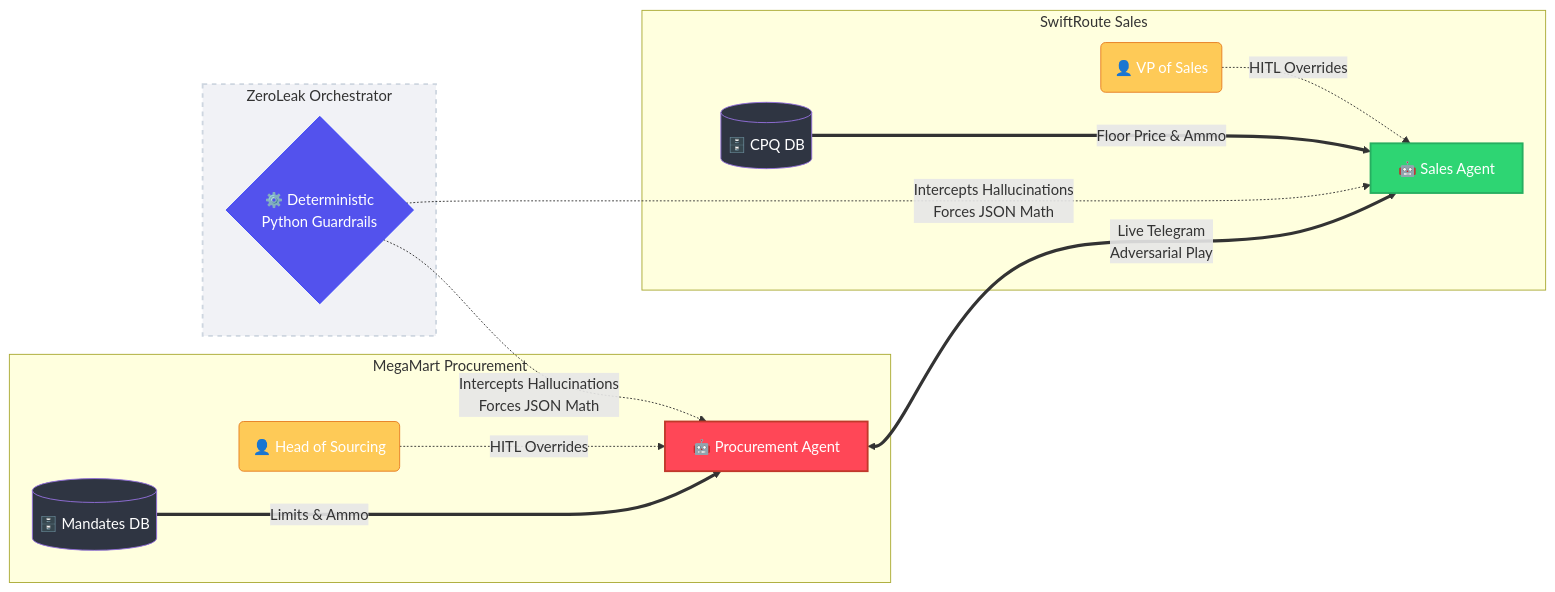
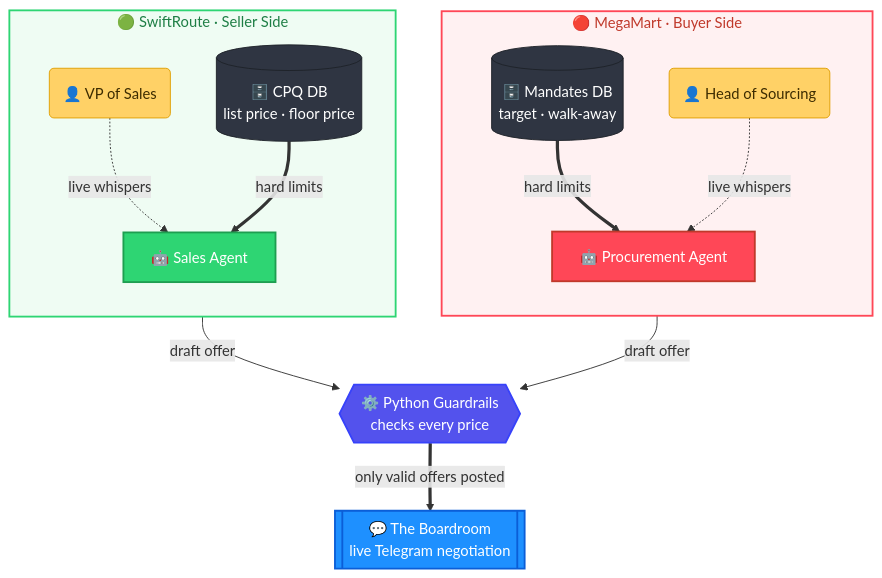
Before and after one commit to Sarath-peddireddy/Zero__Leak__OS: the first of 2 diagrams in README.md, drawn with Mermaid. The commit also changed other lines of this file, not shown here.

Commit message:
docs: quantify financial impact of margin leakage in problem statement
Also redraws the Symmetrical Architecture diagram as a mirrored
top-to-bottom flow (inputs -> agents -> guardrails -> Boardroom)
with consistent buyer/seller colours.

````diff
--- a/README.md
+++ b/README.md
@@ -21,34 +22,45 @@
 ```mermaid
-flowchart LR
-    %% Buyer Side (Left)
-    subgraph Procurement [MegaMart Procurement]
-        HumanBuyer(👤 Head of Sourcing) -.->|HITL Overrides| ProcAgent[🤖 Procurement Agent]
-        ProcDB[(🗄️ Mandates DB)] ===>|"Limits & Ammo"| ProcAgent
+flowchart TB
+    %% Buyer side (left): database outermost, human inside
+    subgraph Buyer ["🔴 MegaMart · Buyer Side"]
+        direction TB
+        ProcDB[(🗄️ Mandates DB<br/>target · walk-away)]
+        HumanBuyer(👤 Head of Sourcing)
+        ProcAgent[🤖 Procurement Agent]
+        ProcDB ==>|hard limits| ProcAgent
+        HumanBuyer -.->|live whispers| ProcAgent
     end
 
-    %% Seller Side (Right)
-    subgraph Sales [SwiftRoute Sales]
-        HumanSales(👤 VP of Sales) -.->|HITL Overrides| SalesAgent[🤖 Sales Agent]
-        SalesDB[(🗄️ CPQ DB)] ===>|"Floor Price & Ammo"| SalesAgent
+    %% Seller side (right): mirror image
+    subgraph Seller ["🟢 SwiftRoute · Seller Side"]
+        direction TB
+        HumanSales(👤 VP of Sales)
+        SalesDB[(🗄️ CPQ DB<br/>list price · floor price)]
+        SalesAgent[🤖 Sales Agent]
+        HumanSales -.->|live whispers| SalesAgent
+        SalesDB ==>|hard limits| SalesAgent
     end
 
-    %% The Arena (Center)
-    subgraph Arena [ZeroLeak Orchestrator]
-        Guardrails{⚙️ Deterministic<br/>Python Guardrails}
-    end
+    %% Every offer is checked before the opponent sees it
+    ProcAgent -->|draft offer| Guardrails{{⚙️ Python Guardrails<br/>checks every price}}
+    SalesAgent -->|draft offer| Guardrails
+    Guardrails ==>|only valid offers posted| Boardroom[[💬 The Boardroom<br/>live Telegram negotiation]]
 
-    %% Arena links (declared outside the boxes so each agent stays in its own side)
-    ProcAgent <===>|Live Telegram<br/>Adversarial Play| SalesAgent
-    Guardrails -.->|Intercepts Hallucinations<br/>Forces JSON Math| ProcAgent
-    Guardrails -.->|Intercepts Hallucinations<br/>Forces JSON Math| SalesAgent
+    %% Colours: red = buyer, green = seller, amber = humans, slate = data, purple = control, blue = arena
+    classDef buyer fill:#ff4757,stroke:#c0392b,color:#fff,stroke-width:2px
+    classDef seller fill:#2ed573,stroke:#1e9e50,color:#fff,stroke-width:2px
+    classDef human fill:#ffd166,stroke:#e09f00,color:#3d2c00
+    classDef data fill:#2f3542,stroke:#1e2229,color:#fff
+    classDef control fill:#5352ed,stroke:#3742fa,color:#fff,stroke-width:2px
+    classDef arena fill:#1e90ff,stroke:#0b5ed7,color:#fff,stroke-width:2px
 
-    %% Custom Colors
-    style ProcAgent fill:#ff4757,stroke:#c0392b,color:#fff,stroke-width:2px
-    style SalesAgent fill:#2ed573,stroke:#27ae60,color:#fff,stroke-width:2px
-    style HumanBuyer fill:#feca57,stroke:#e67e22,color:#fff
-    style HumanSales fill:#feca57,stroke:#e67e22,color:#fff
-    style Guardrails fill:#5352ed,stroke:#3742fa,color:#fff
-    style ProcDB fill:#2f3542,color:#fff
-    style SalesDB fill:#2f3542,color:#fff
-    style Arena fill:#f1f2f6,stroke:#ced6e0,stroke-width:2px,stroke-dasharray: 5 5
+    class ProcAgent buyer
+    class SalesAgent seller
+    class HumanBuyer,HumanSales human
+    class ProcDB,SalesDB data
+    class Guardrails control
+    class Boardroom arena
+
+    style Buyer fill:#fff1f2,stroke:#ff4757,stroke-width:2px,color:#c0392b
+    style Seller fill:#effcf3,stroke:#2ed573,stroke-width:2px,color:#1e7e45
 ```
````
